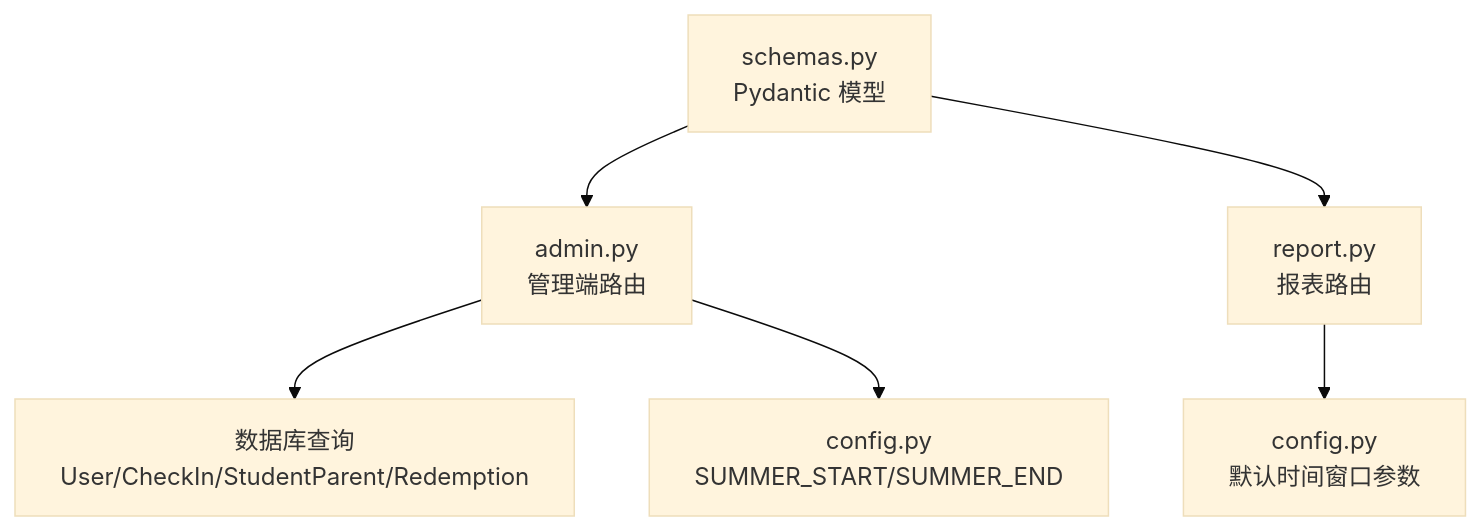
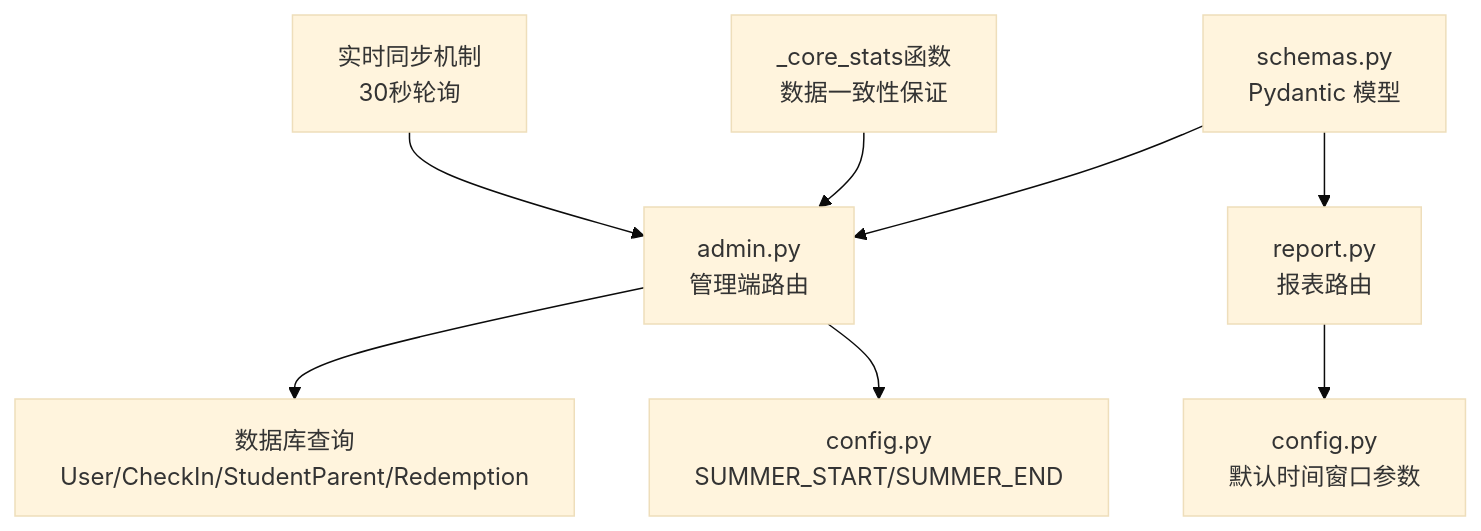
Before and after one commit to onebody/homework: the first of 3 diagrams in .qoder/repowiki/zh/content/API接口文档/管理后台接口/数据统计接口.md, drawn with Mermaid (base theme). The commit also changed other lines of this file and 15 other files, not shown here.

````diff
--- a/.qoder/repowiki/zh/content/API接口文档/管理后台接口/数据统计接口.md
+++ b/.qoder/repowiki/zh/content/API接口文档/管理后台接口/数据统计接口.md
@@ -39,8 +47,10 @@
 ```mermaid
 graph TB
 A["admin.py<br/>管理端路由"] --> B["数据库查询<br/>User/CheckIn/StudentParent/Redemption"]
 A --> C["config.py<br/>SUMMER_START/SUMMER_END"]
 D["report.py<br/>报表路由"] --> E["config.py<br/>默认时间窗口参数"]
 F["schemas.py<br/>Pydantic 模型"] --> A
 F --> D
+G["_core_stats函数<br/>数据一致性保证"] --> A
+H["实时同步机制<br/>30秒轮询"] --> A
 ```
````
